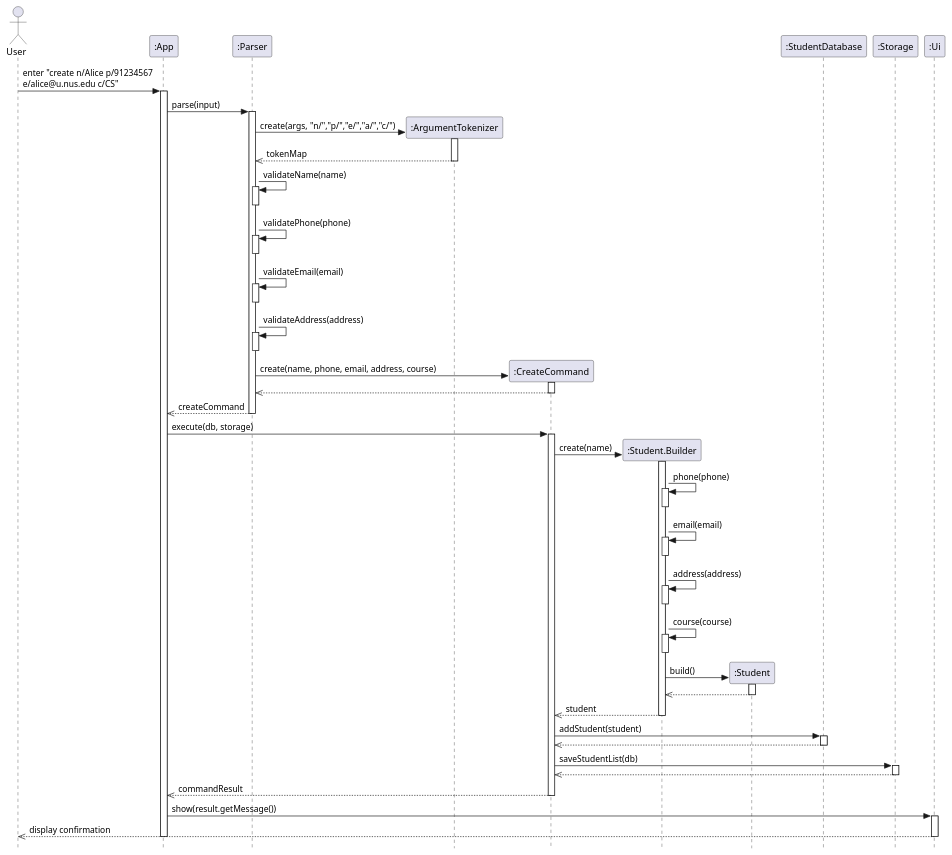
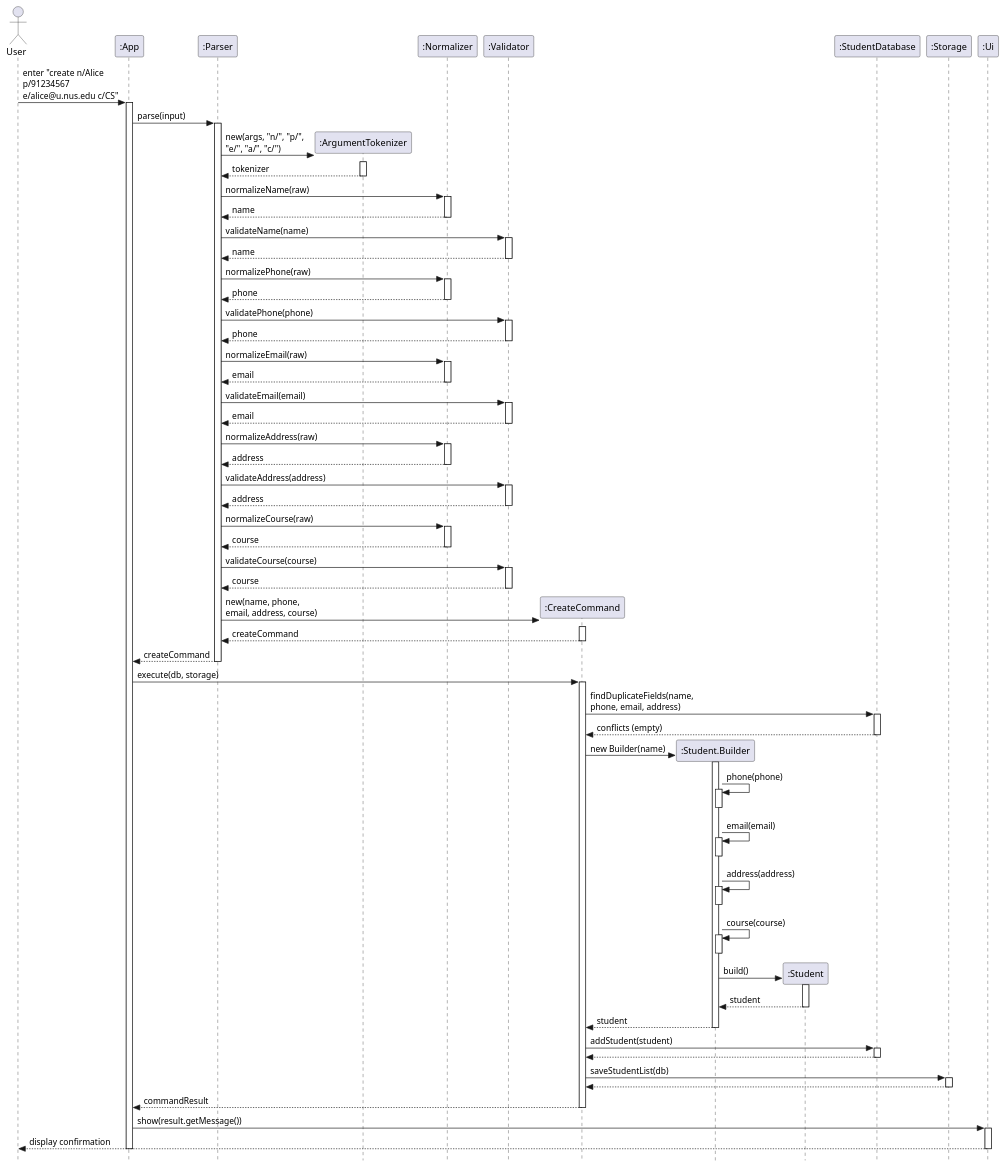
The diagram in docs/diagrams/CreateCommandSequence.puml (AY2526S2-CS2113-T11-4/tp), drawn with PlantUML before and after one commit. The commit also changed 19 other files, not shown here.

```diff
--- a/docs/diagrams/CreateCommandSequence.puml
+++ b/docs/diagrams/CreateCommandSequence.puml
@@ -1,78 +1,137 @@
 @startuml CreateCommandSequence
 skinparam style strictuml
+skinparam maxMessageSize 150
+
 actor User
 
 participant ":App" as App
 participant ":Parser" as Parser
 participant ":ArgumentTokenizer" as ArgumentTokenizer
+participant ":Normalizer" as Normalizer
+participant ":Validator" as Validator
 participant ":CreateCommand" as CreateCommand
 participant ":Student.Builder" as Builder
 participant ":Student" as Student
 participant ":StudentDatabase" as StudentDatabase
 participant ":Storage" as Storage
 participant ":Ui" as Ui
 
-User -> App : enter "create n/Alice p/91234567\ne/alice@u.nus.edu c/CS"
+User -> App : enter "create n/Alice p/91234567 e/alice@u.nus.edu c/CS"
 activate App
+
 App -> Parser : parse(input)
 activate Parser
-Parser -> ArgumentTokenizer ** : create(args, "n/","p/","e/","a/","c/")
+
+Parser -> ArgumentTokenizer ** : new(args, "n/", "p/", "e/", "a/", "c/")
 activate ArgumentTokenizer
-ArgumentTokenizer -->> Parser : tokenMap
+ArgumentTokenizer --> Parser : tokenizer
 deactivate ArgumentTokenizer
-Parser -> Parser : validateName(name)
-activate Parser
+
+Parser -> Normalizer : normalizeName(raw)
+activate Normalizer
+Normalizer --> Parser : name
+deactivate Normalizer
+Parser -> Validator : validateName(name)
+activate Validator
+Validator --> Parser : name
+deactivate Validator
+
+Parser -> Normalizer : normalizePhone(raw)
+activate Normalizer
+Normalizer --> Parser : phone
+deactivate Normalizer
+Parser -> Validator : validatePhone(phone)
+activate Validator
+Validator --> Parser : phone
+deactivate Validator
+
+Parser -> Normalizer : normalizeEmail(raw)
+activate Normalizer
+Normalizer --> Parser : email
+deactivate Normalizer
+Parser -> Validator : validateEmail(email)
+activate Validator
+Validator --> Parser : email
+deactivate Validator
+
+Parser -> Normalizer : normalizeAddress(raw)
+activate Normalizer
+Normalizer --> Parser : address
+deactivate Normalizer
+Parser -> Validator : validateAddress(address)
+activate Validator
+Validator --> Parser : address
+deactivate Validator
+
+Parser -> Normalizer : normalizeCourse(raw)
+activate Normalizer
+Normalizer --> Parser : course
+deactivate Normalizer
+Parser -> Validator : validateCourse(course)
+activate Validator
+Validator --> Parser : course
+deactivate Validator
+
+Parser -> CreateCommand ** : new(name, phone, email, address, course)
+activate CreateCommand
+CreateCommand --> Parser : createCommand
+deactivate CreateCommand
+
+Parser --> App : createCommand
 deactivate Parser
-Parser -> Parser : validatePhone(phone)
-activate Parser
-deactivate Parser
-Parser -> Parser : validateEmail(email)
-activate Parser
-deactivate Parser
-Parser -> Parser : validateAddress(address)
-activate Parser
-deactivate Parser
-Parser -> CreateCommand ** : create(name, phone, email, address, course)
-activate CreateCommand
-CreateCommand -->> Parser
-deactivate CreateCommand
-Parser -->> App : createCommand
-deactivate Parser
+
 App -> CreateCommand : execute(db, storage)
 activate CreateCommand
-CreateCommand -> Builder ** : create(name)
+
+CreateCommand -> StudentDatabase : findDuplicateFields(name, phone, email, address)
+activate StudentDatabase
+StudentDatabase --> CreateCommand : conflicts (empty)
+deactivate StudentDatabase
+
+CreateCommand -> Builder ** : new Builder(name)
 activate Builder
+
 Builder -> Builder : phone(phone)
 activate Builder
 deactivate Builder
+
 Builder -> Builder : email(email)
 activate Builder
 deactivate Builder
+
 Builder -> Builder : address(address)
 activate Builder
 deactivate Builder
+
 Builder -> Builder : course(course)
 activate Builder
 deactivate Builder
+
 Builder -> Student ** : build()
 activate Student
-Student -->> Builder
+Student --> Builder : student
 deactivate Student
-Builder -->> CreateCommand : student
+
+Builder --> CreateCommand : student
 deactivate Builder
+
 CreateCommand -> StudentDatabase : addStudent(student)
 activate StudentDatabase
-StudentDatabase -->> CreateCommand
+StudentDatabase --> CreateCommand
 deactivate StudentDatabase
+
 CreateCommand -> Storage : saveStudentList(db)
 activate Storage
-Storage -->> CreateCommand
+Storage --> CreateCommand
 deactivate Storage
-CreateCommand -->> App : commandResult
+
+CreateCommand --> App : commandResult
 deactivate CreateCommand
+
 App -> Ui : show(result.getMessage())
 activate Ui
-Ui -->> User : display confirmation
+Ui --> User : display confirmation
 deactivate Ui
+
 deactivate App
 @enduml
```
